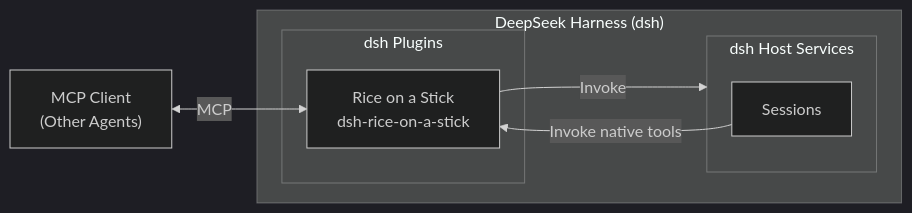
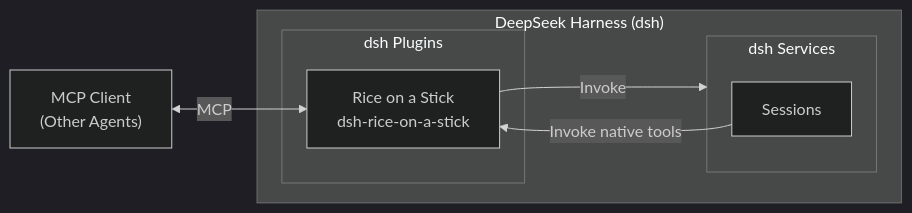
One commit to Leawind/dsh-rice-on-a-stick changed the diagram in README.en.md. Above: the diagram before and after it, drawn with Mermaid (dark theme). The commit also changed other lines of this file and 7 other files, not shown here.

````diff
--- a/README.en.md
+++ b/README.en.md
@@ -16,17 +16,17 @@
 ```mermaid
 flowchart LR
     mcpClient["MCP Client<br>(Other Agents)"]
 
     subgraph dsh["DeepSeek Harness (dsh)"]
         subgraph plugins["dsh Plugins"]
           plugin["Rice on a Stick<br>dsh-rice-on-a-stick"]
         end
-        subgraph hostServices["dsh Host Services"]
+        subgraph dshServices["dsh Services"]
             sessions["Sessions"]
         end
     end
 
     mcpClient <-->|"MCP"| plugin
-    plugin -->|"Invoke"| hostServices
+    plugin -->|"Invoke"| dshServices
     sessions -->|"Invoke native tools"| plugin
 ```
````
